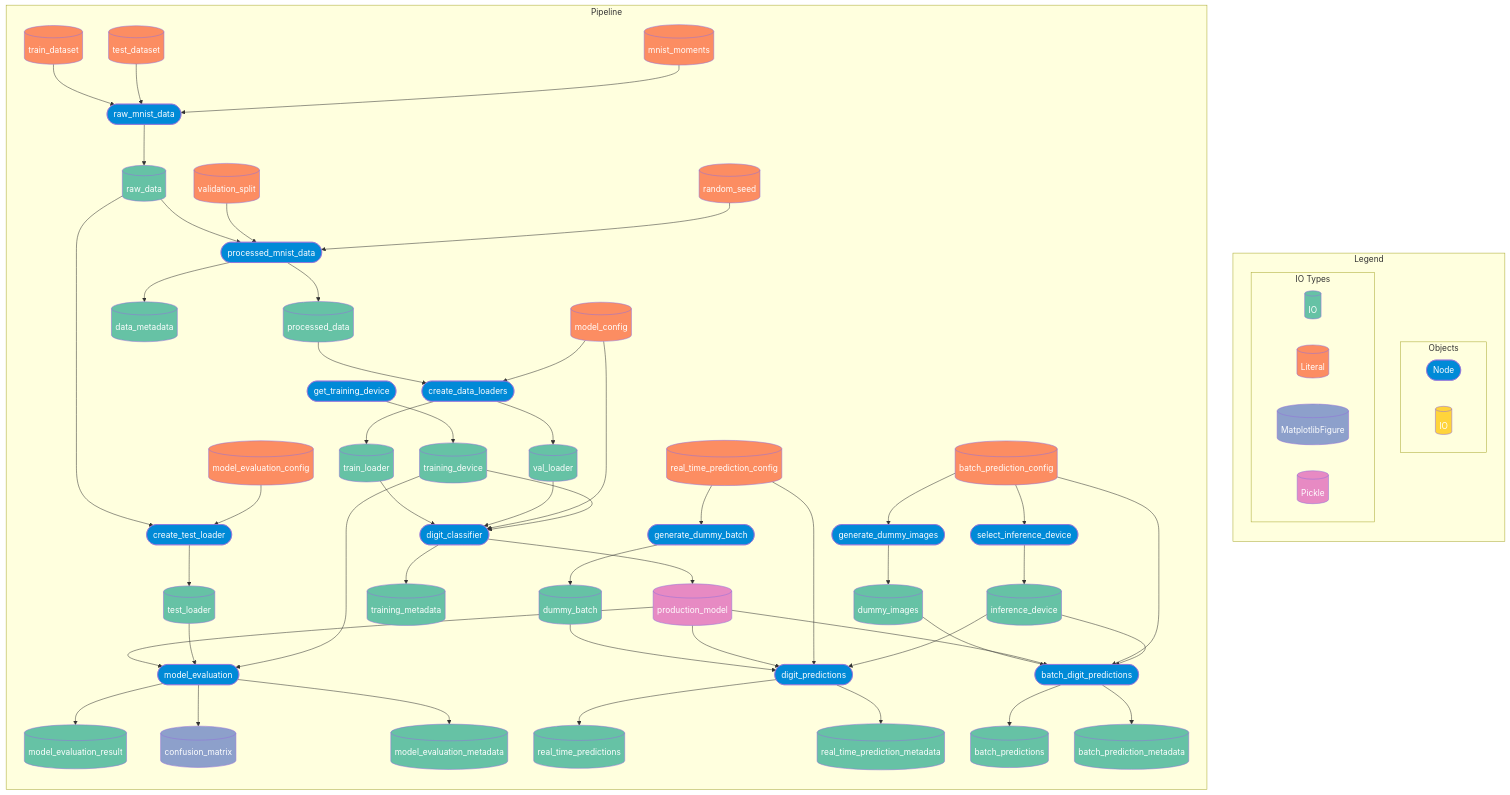
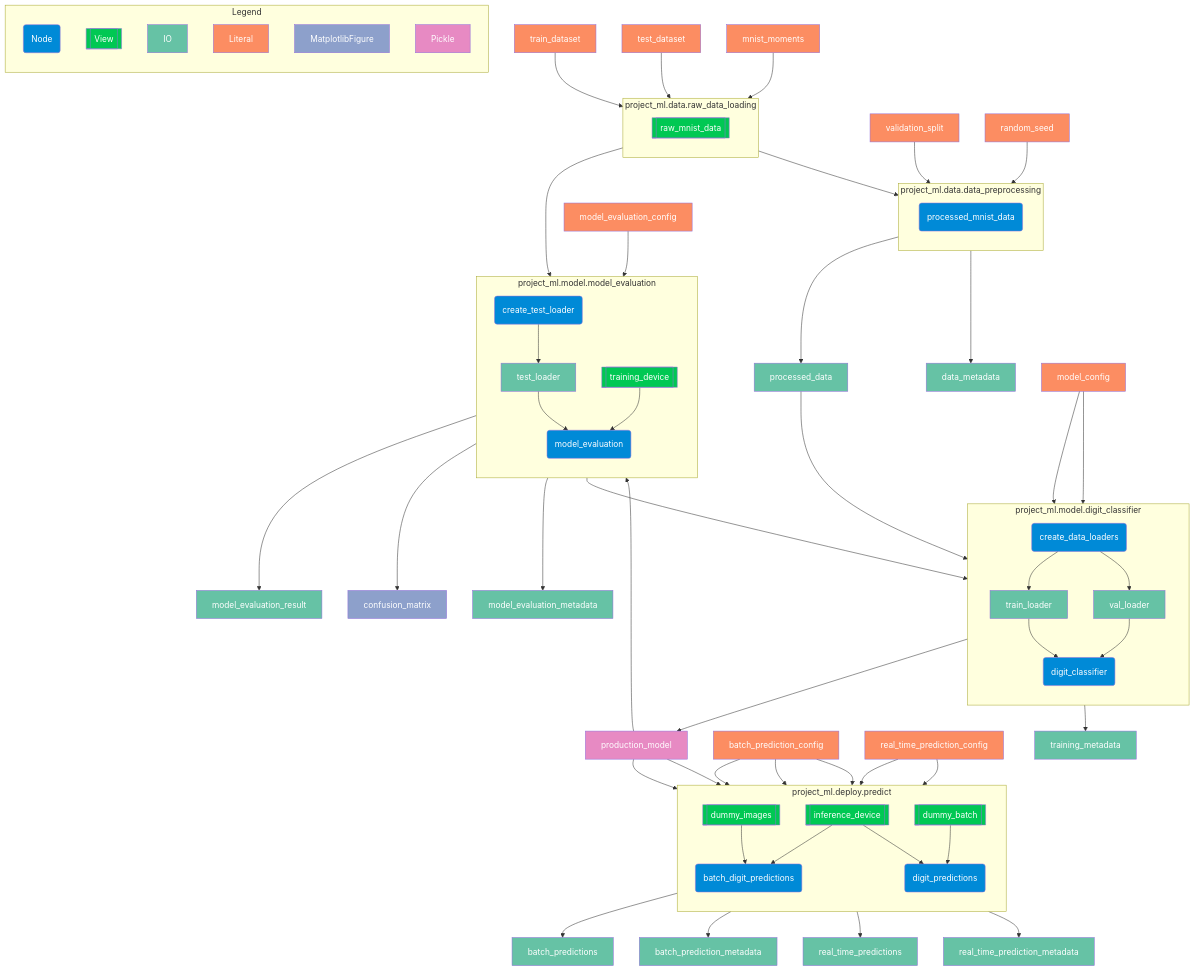
The diagram in examples/project-ml/pipeline_diagram.mermaid (ing-bank/ordeq), drawn with Mermaid before and after one commit. The commit also changed 8 other files, not shown here.

```diff
--- a/examples/project-ml/pipeline_diagram.mermaid
+++ b/examples/project-ml/pipeline_diagram.mermaid
@@ -1,113 +1,118 @@
 graph TB
 	subgraph legend["Legend"]
 		direction TB
-		subgraph Objects
-			L0([Node]):::node
-			L1[(IO)]:::io
-		end
-		subgraph IO Types
-			L00[(IO)]:::io0
-			L01[(Literal)]:::io1
-			L02[(MatplotlibFigure)]:::io2
-			L03[(Pickle)]:::io3
-		end
+		L0@{shape: rounded, label: "Node"}
+		L2@{shape: subroutine, label: "View"}
+		L00@{shape: rect, label: "IO"}
+		L01@{shape: rect, label: "Literal"}
+		L02@{shape: rect, label: "MatplotlibFigure"}
+		L03@{shape: rect, label: "Pickle"}
 	end
 
-	IO0 --> raw_mnist_data
-	IO1 --> raw_mnist_data
-	IO2 --> raw_mnist_data
-	raw_mnist_data --> IO3
-	IO3 --> processed_mnist_data
-	IO4 --> processed_mnist_data
-	IO5 --> processed_mnist_data
-	processed_mnist_data --> IO6
-	processed_mnist_data --> IO7
-	get_training_device --> IO8
-	IO6 --> create_data_loaders
-	IO9 --> create_data_loaders
-	create_data_loaders --> IO10
-	create_data_loaders --> IO11
-	IO3 --> create_test_loader
-	IO12 --> create_test_loader
-	create_test_loader --> IO13
-	IO10 --> digit_classifier
-	IO11 --> digit_classifier
-	IO9 --> digit_classifier
-	IO8 --> digit_classifier
-	digit_classifier --> IO14
-	digit_classifier --> IO15
-	IO16 --> select_inference_device
-	select_inference_device --> IO17
-	IO18 --> generate_dummy_batch
-	generate_dummy_batch --> IO19
-	IO16 --> generate_dummy_images
-	generate_dummy_images --> IO20
-	IO14 --> model_evaluation
-	IO13 --> model_evaluation
-	IO8 --> model_evaluation
-	model_evaluation --> IO21
-	model_evaluation --> IO22
-	model_evaluation --> IO23
-	IO19 --> digit_predictions
-	IO14 --> digit_predictions
-	IO18 --> digit_predictions
-	IO17 --> digit_predictions
-	digit_predictions --> IO24
-	digit_predictions --> IO25
-	IO20 --> batch_digit_predictions
-	IO14 --> batch_digit_predictions
-	IO16 --> batch_digit_predictions
-	IO17 --> batch_digit_predictions
-	batch_digit_predictions --> IO26
-	batch_digit_predictions --> IO27
+	project_ml.data.raw_data_loading:raw_mnist_data --> project_ml.data.data_preprocessing:processed_mnist_data
+	IO0 --> project_ml.data.data_preprocessing:processed_mnist_data
+	IO1 --> project_ml.data.data_preprocessing:processed_mnist_data
+	project_ml.data.data_preprocessing:processed_mnist_data --> IO2
+	project_ml.data.data_preprocessing:processed_mnist_data --> IO3
+	IO4 --> project_ml.data.raw_data_loading:raw_mnist_data
+	IO5 --> project_ml.data.raw_data_loading:raw_mnist_data
+	IO6 --> project_ml.data.raw_data_loading:raw_mnist_data
+	project_ml.deploy.predict:dummy_images --> project_ml.deploy.predict:batch_digit_predictions
+	IO7 --> project_ml.deploy.predict:batch_digit_predictions
+	IO8 --> project_ml.deploy.predict:batch_digit_predictions
+	project_ml.deploy.predict:inference_device --> project_ml.deploy.predict:batch_digit_predictions
+	project_ml.deploy.predict:batch_digit_predictions --> IO9
+	project_ml.deploy.predict:batch_digit_predictions --> IO10
+	project_ml.deploy.predict:dummy_batch --> project_ml.deploy.predict:digit_predictions
+	IO7 --> project_ml.deploy.predict:digit_predictions
+	IO11 --> project_ml.deploy.predict:digit_predictions
+	project_ml.deploy.predict:inference_device --> project_ml.deploy.predict:digit_predictions
+	project_ml.deploy.predict:digit_predictions --> IO12
+	project_ml.deploy.predict:digit_predictions --> IO13
+	IO11 --> project_ml.deploy.predict:dummy_batch
+	IO8 --> project_ml.deploy.predict:dummy_images
+	IO8 --> project_ml.deploy.predict:inference_device
+	IO2 --> project_ml.model.digit_classifier:create_data_loaders
+	IO14 --> project_ml.model.digit_classifier:create_data_loaders
+	project_ml.model.digit_classifier:create_data_loaders --> IO15
+	project_ml.model.digit_classifier:create_data_loaders --> IO16
+	IO15 --> project_ml.model.digit_classifier:digit_classifier
+	IO16 --> project_ml.model.digit_classifier:digit_classifier
+	IO14 --> project_ml.model.digit_classifier:digit_classifier
+	project_ml.model.model_evaluation:training_device --> project_ml.model.digit_classifier:digit_classifier
+	project_ml.model.digit_classifier:digit_classifier --> IO7
+	project_ml.model.digit_classifier:digit_classifier --> IO17
+	project_ml.data.raw_data_loading:raw_mnist_data --> project_ml.model.model_evaluation:create_test_loader
+	IO18 --> project_ml.model.model_evaluation:create_test_loader
+	project_ml.model.model_evaluation:create_test_loader --> IO19
+	IO7 --> project_ml.model.model_evaluation:model_evaluation
+	IO19 --> project_ml.model.model_evaluation:model_evaluation
+	project_ml.model.model_evaluation:training_device --> project_ml.model.model_evaluation:model_evaluation
+	project_ml.model.model_evaluation:model_evaluation --> IO20
+	project_ml.model.model_evaluation:model_evaluation --> IO21
+	project_ml.model.model_evaluation:model_evaluation --> IO22
 
-	subgraph pipeline["Pipeline"]
+	subgraph s0["project_ml.data.data_preprocessing"]
 		direction TB
-		raw_mnist_data([raw_mnist_data]):::node
-		processed_mnist_data([processed_mnist_data]):::node
-		get_training_device([get_training_device]):::node
-		create_data_loaders([create_data_loaders]):::node
-		create_test_loader([create_test_loader]):::node
-		digit_classifier([digit_classifier]):::node
-		select_inference_device([select_inference_device]):::node
-		generate_dummy_batch([generate_dummy_batch]):::node
-		generate_dummy_images([generate_dummy_images]):::node
-		model_evaluation([model_evaluation]):::node
-		digit_predictions([digit_predictions]):::node
-		batch_digit_predictions([batch_digit_predictions]):::node
-		IO0[(train_dataset)]:::io1
-		IO1[(test_dataset)]:::io1
-		IO2[(mnist_moments)]:::io1
-		IO3[(raw_data)]:::io0
-		IO4[(validation_split)]:::io1
-		IO5[(random_seed)]:::io1
-		IO6[(processed_data)]:::io0
-		IO7[(data_metadata)]:::io0
-		IO8[(training_device)]:::io0
-		IO9[(model_config)]:::io1
-		IO10[(train_loader)]:::io0
-		IO11[(val_loader)]:::io0
-		IO12[(model_evaluation_config)]:::io1
-		IO13[(test_loader)]:::io0
-		IO14[(production_model)]:::io3
-		IO15[(training_metadata)]:::io0
-		IO16[(batch_prediction_config)]:::io1
-		IO17[(inference_device)]:::io0
-		IO18[(real_time_prediction_config)]:::io1
-		IO19[(dummy_batch)]:::io0
-		IO20[(dummy_images)]:::io0
-		IO21[(model_evaluation_result)]:::io0
-		IO22[(confusion_matrix)]:::io2
-		IO23[(model_evaluation_metadata)]:::io0
-		IO24[(real_time_predictions)]:::io0
-		IO25[(real_time_prediction_metadata)]:::io0
-		IO26[(batch_predictions)]:::io0
-		IO27[(batch_prediction_metadata)]:::io0
+		project_ml.data.data_preprocessing:processed_mnist_data@{shape: rounded, label: "processed_mnist_data"}
 	end
+	subgraph s1["project_ml.data.raw_data_loading"]
+		direction TB
+		project_ml.data.raw_data_loading:raw_mnist_data@{shape: subroutine, label: "raw_mnist_data"}
+	end
+	subgraph s2["project_ml.deploy.predict"]
+		direction TB
+		project_ml.deploy.predict:batch_digit_predictions@{shape: rounded, label: "batch_digit_predictions"}
+		project_ml.deploy.predict:digit_predictions@{shape: rounded, label: "digit_predictions"}
+		project_ml.deploy.predict:dummy_batch@{shape: subroutine, label: "dummy_batch"}
+		project_ml.deploy.predict:dummy_images@{shape: subroutine, label: "dummy_images"}
+		project_ml.deploy.predict:inference_device@{shape: subroutine, label: "inference_device"}
+	end
+	subgraph s3["project_ml.model.digit_classifier"]
+		direction TB
+		project_ml.model.digit_classifier:create_data_loaders@{shape: rounded, label: "create_data_loaders"}
+		project_ml.model.digit_classifier:digit_classifier@{shape: rounded, label: "digit_classifier"}
+		IO15@{shape: rect, label: "train_loader"}
+		IO16@{shape: rect, label: "val_loader"}
+	end
+	subgraph s4["project_ml.model.model_evaluation"]
+		direction TB
+		project_ml.model.model_evaluation:create_test_loader@{shape: rounded, label: "create_test_loader"}
+		project_ml.model.model_evaluation:model_evaluation@{shape: rounded, label: "model_evaluation"}
+		project_ml.model.model_evaluation:training_device@{shape: subroutine, label: "training_device"}
+		IO19@{shape: rect, label: "test_loader"}
+	end
+	IO0@{shape: rect, label: "validation_split"}
+	IO1@{shape: rect, label: "random_seed"}
+	IO10@{shape: rect, label: "batch_prediction_metadata"}
+	IO11@{shape: rect, label: "real_time_prediction_config"}
+	IO12@{shape: rect, label: "real_time_predictions"}
+	IO13@{shape: rect, label: "real_time_prediction_metadata"}
+	IO14@{shape: rect, label: "model_config"}
+	IO17@{shape: rect, label: "training_metadata"}
+	IO18@{shape: rect, label: "model_evaluation_config"}
+	IO2@{shape: rect, label: "processed_data"}
+	IO20@{shape: rect, label: "model_evaluation_result"}
+	IO21@{shape: rect, label: "confusion_matrix"}
+	IO22@{shape: rect, label: "model_evaluation_metadata"}
+	IO3@{shape: rect, label: "data_metadata"}
+	IO4@{shape: rect, label: "train_dataset"}
+	IO5@{shape: rect, label: "test_dataset"}
+	IO6@{shape: rect, label: "mnist_moments"}
+	IO7@{shape: rect, label: "production_model"}
+	IO8@{shape: rect, label: "batch_prediction_config"}
+	IO9@{shape: rect, label: "batch_predictions"}
 
+	class L0,project_ml.data.data_preprocessing:processed_mnist_data,project_ml.deploy.predict:batch_digit_predictions,project_ml.deploy.predict:digit_predictions,project_ml.model.digit_classifier:create_data_loaders,project_ml.model.digit_classifier:digit_classifier,project_ml.model.model_evaluation:create_test_loader,project_ml.model.model_evaluation:model_evaluation node
+	class L2,project_ml.data.raw_data_loading:raw_mnist_data,project_ml.deploy.predict:dummy_batch,project_ml.deploy.predict:dummy_images,project_ml.deploy.predict:inference_device,project_ml.model.model_evaluation:training_device view
+	class L00,IO15,IO16,IO19,IO10,IO12,IO13,IO17,IO2,IO20,IO22,IO3,IO9 io0
+	class L01,IO0,IO1,IO11,IO14,IO18,IO4,IO5,IO6,IO8 io1
+	class L02,IO21 io2
+	class L03,IO7 io3
 	classDef node fill:#008AD7,color:#FFF
 	classDef io fill:#FFD43B
+	classDef view fill:#00C853,color:#FFF
 	classDef io0 fill:#66c2a5
 	classDef io1 fill:#fc8d62
 	classDef io2 fill:#8da0cb
 	classDef io3 fill:#e78ac3
```
